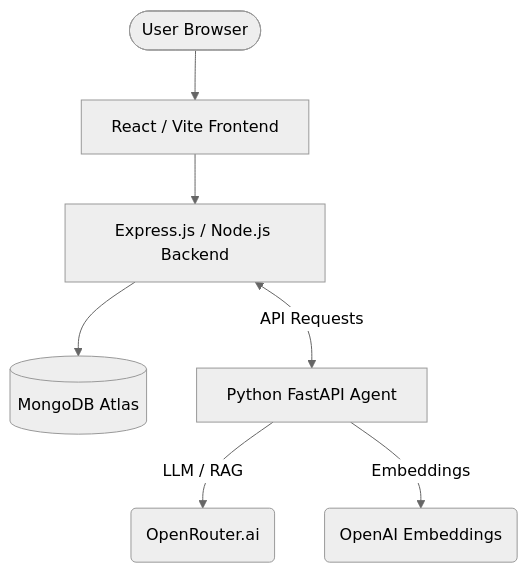
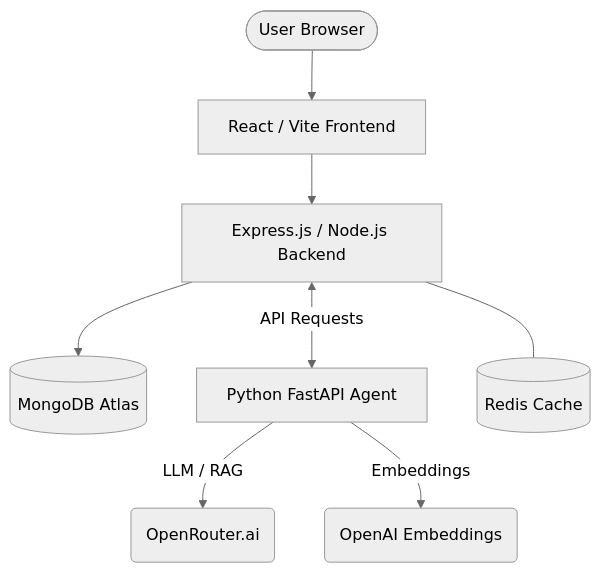
The diagram in README.md (LuckyChauhan18/MOR), drawn with Mermaid (neutral theme) before and after one commit. The commit also changed other lines of this file and 1 other file, not shown here.

````diff
--- a/README.md
+++ b/README.md
@@ -25,9 +35,10 @@
 ```mermaid
 graph TD
     User([User Browser]) --> Frontend[React / Vite Frontend]
     Frontend --> Backend[Express.js / Node.js Backend]
     Backend --> DB[(MongoDB Atlas)]
     Backend <--> |API Requests| Agent[Python FastAPI Agent]
     Agent --> |LLM / RAG| OpenRouter(OpenRouter.ai)
     Agent --> |Embeddings| OpenAI(OpenAI Embeddings)
+    Backend --- Redis[(Redis Cache)]
 ```
````
